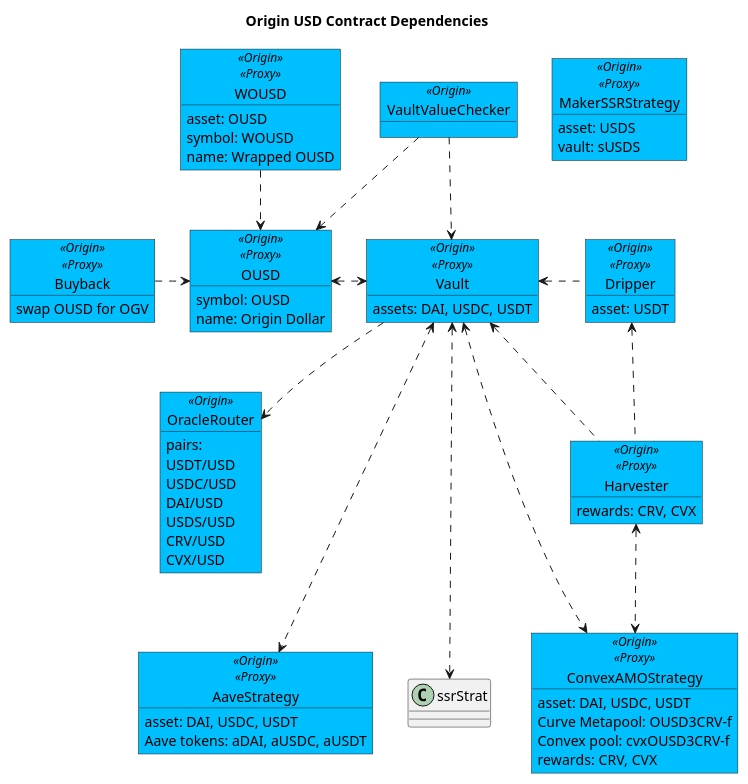
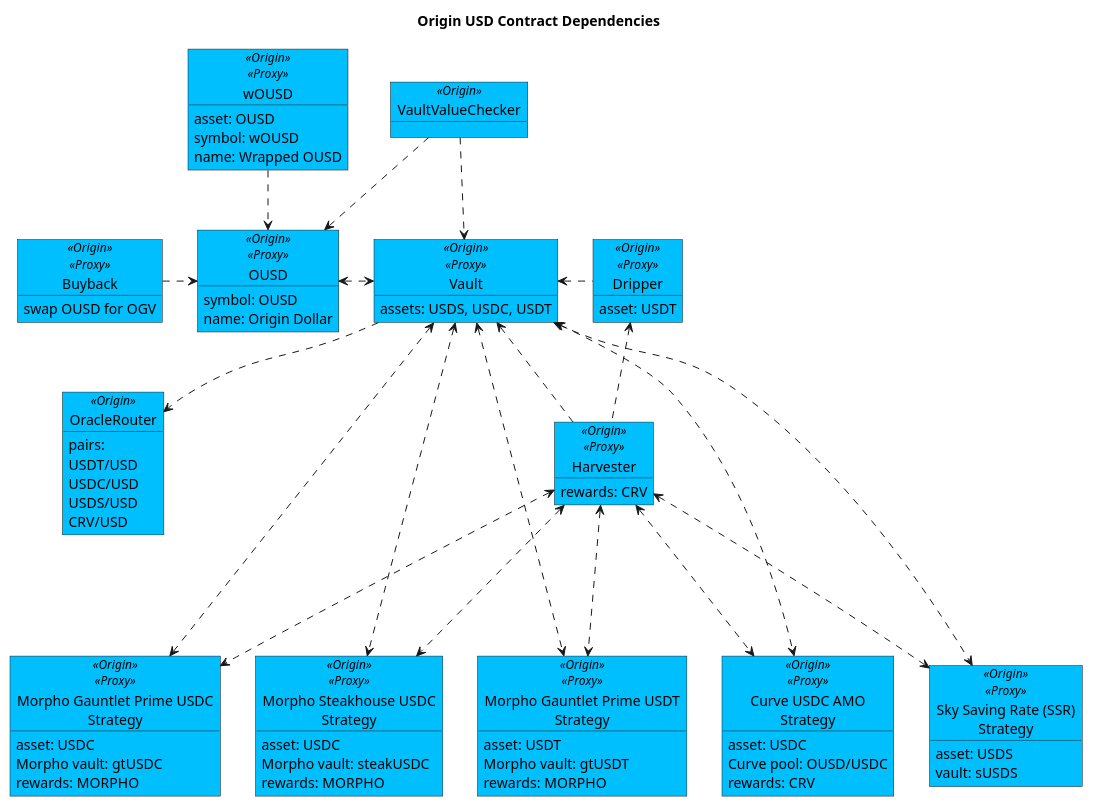
One commit to OriginProtocol/origin-dollar changed the diagram in contracts/docs/plantuml/ousdContracts.puml. Above: the diagram before and after it, drawn with PlantUML. The commit also changed 1 other file, not shown here.

Commit message:
Updated OUSD contract diagram

```diff
--- a/contracts/docs/plantuml/ousdContracts.puml
+++ b/contracts/docs/plantuml/ousdContracts.puml
@@ -1,107 +1,107 @@
 @startuml
 
 title "Origin USD Contract Dependencies"
 
 object "Dripper" as drip <<Origin>><<Proxy>> #DeepSkyBlue {
     asset: USDT
 }
 
 object "VaultValueChecker" as checker <<Origin>> #DeepSkyBlue {
 }
 
-object "WOUSD" as wousd <<Origin>><<Proxy>> #DeepSkyBlue {
+object "wOUSD" as wousd <<Origin>><<Proxy>> #DeepSkyBlue {
     asset: OUSD
-    symbol: WOUSD
+    symbol: wOUSD
     name: Wrapped OUSD
 }
 
 object "OUSD" as ousd <<Origin>><<Proxy>> #DeepSkyBlue {
     symbol: OUSD
     name: Origin Dollar
 }
 
 object "Vault" as vault <<Origin>><<Proxy>> #DeepSkyBlue {
-    assets: DAI, USDC, USDT  
+    assets: USDS, USDC, USDT  
 }
 
 object "Harvester" as harv <<Origin>><<Proxy>> #DeepSkyBlue {
-    rewards: CRV, CVX
+    rewards: CRV
 }
 
 object "Buyback" as buy <<Origin>><<Proxy>> #DeepSkyBlue {
 swap OUSD for OGV
 }
 
 ' Strategies
-object "AaveStrategy" as aaveStrat <<Origin>><<Proxy>> #DeepSkyBlue {
-    asset: DAI, USDC, USDT
-    Aave tokens: aDAI, aUSDC, aUSDT
-    ' rewards: AAVE
-}
-' object "CompoundStrategy" as compStrat <<Origin>><<Proxy>> #DeepSkyBlue {
-'     asset: DAI, USDC, USDT
-'     compound tokens: cDAI, cUSDC, cUSDT
-    ' rewards: COMP
-' }
 ' object "ConvexStrategy" as cvxStrat <<Origin>><<Proxy>> #DeepSkyBlue {
 '     asset: DAI, USDC, USDT
 '     Curve pool: 3Pool (3CRV)
 '     Convex pool: DAI+USDC+USDT
 '     rewards: CRV, CVX
 ' }
-object "ConvexAMOStrategy" as amoStrat <<Origin>><<Proxy>> #DeepSkyBlue {
-    asset: DAI, USDC, USDT
-    Curve Metapool: OUSD3CRV-f
-    Convex pool: cvxOUSD3CRV-f
-    rewards: CRV, CVX
+object "Morpho Steakhouse USDC\nStrategy" as steakUSDC <<Origin>><<Proxy>> #DeepSkyBlue {
+    asset: USDC
+    Morpho vault: steakUSDC
+    rewards: MORPHO
 }
-' object "MorphoCompoundStrategy" as morphCompStrat <<Origin>><<Proxy>> #DeepSkyBlue {
-'     asset: DAI, USDC, USDT
-'     Compound tokens: cDAI, cUSDC, cUSDT
-    ' rewards: COMP
-' }
-' object "MorphoAaveStrategy" as morphAaveStrat <<Origin>><<Proxy>> #DeepSkyBlue {
-'     asset: DAI, USDC, USDT
-'     Aave tokens: aDAI, aUSDC, aUSDT
-    ' rewards: AAVE
-' }
+object "Morpho Gauntlet Prime USDC\nStrategy" as gtUSDC <<Origin>><<Proxy>> #DeepSkyBlue {
+    asset: USDC
+    Morpho vault: gtUSDC
+    rewards: MORPHO
+}
+object "Morpho Gauntlet Prime USDT\nStrategy" as gtUSDT <<Origin>><<Proxy>> #DeepSkyBlue {
+    asset: USDT
+    Morpho vault: gtUSDT
+    rewards: MORPHO
+}
+object "Curve USDC AMO\nStrategy" as curveAmoStrat <<Origin>><<Proxy>> #DeepSkyBlue {
+    asset: USDC
+    Curve pool: OUSD/USDC
+    rewards: CRV
+}
 
-object "MakerSSRStrategy" as dsrStrat <<Origin>><<Proxy>> #DeepSkyBlue {
+object "Sky Saving Rate (SSR)\nStrategy" as ssrStrat <<Origin>><<Proxy>> #DeepSkyBlue {
     asset: USDS
     vault: sUSDS
 }
 
 ' Oracle
 object "OracleRouter" as oracle <<Origin>> #DeepSkyBlue {
 pairs:
     USDT/USD
     USDC/USD
-    DAI/USD
     USDS/USD
     CRV/USD
-    CVX/USD 
 }
 
 vault <. drip
 
 checker ..> ousd
 checker ..> vault
 
 vault <.. harv 
 
 wousd ..> ousd
 ousd <.> vault
 vault ..> oracle
 
 buy .> ousd
 
 ' Strategies
-vault <...> aaveStrat
-vault <...> amoStrat
+' vault <...> aaveStrat
+' vault <...> amoStrat
 vault <...> ssrStrat
+vault <...> steakUSDC
+vault <...> gtUSDC
+vault <...> gtUSDT
+vault <...> curveAmoStrat
 
 drip <.. harv
-harv <..> amoStrat
-
+' harv <..> amoStrat
+harv <...> ssrStrat
+harv <...> steakUSDC
+harv <...> gtUSDC
+harv <...> gtUSDT
+harv <...> curveAmoStrat
 
 @enduml
```
